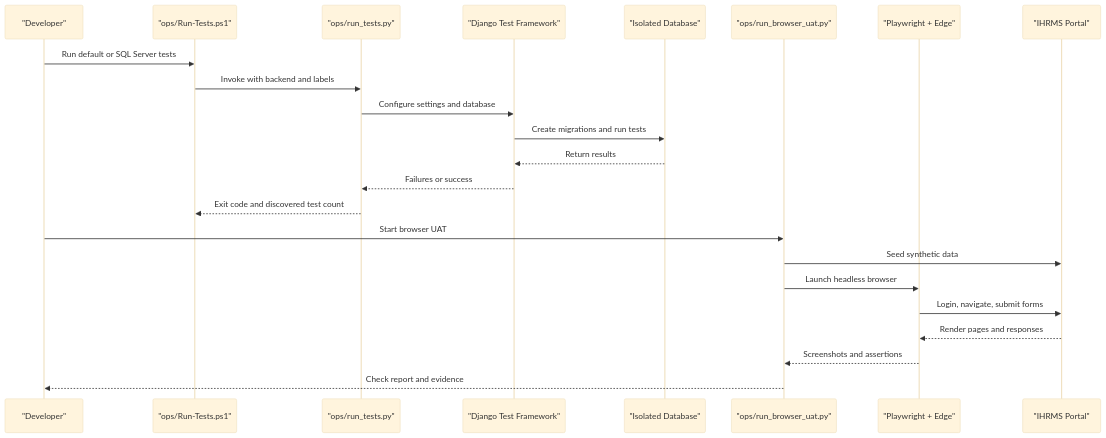
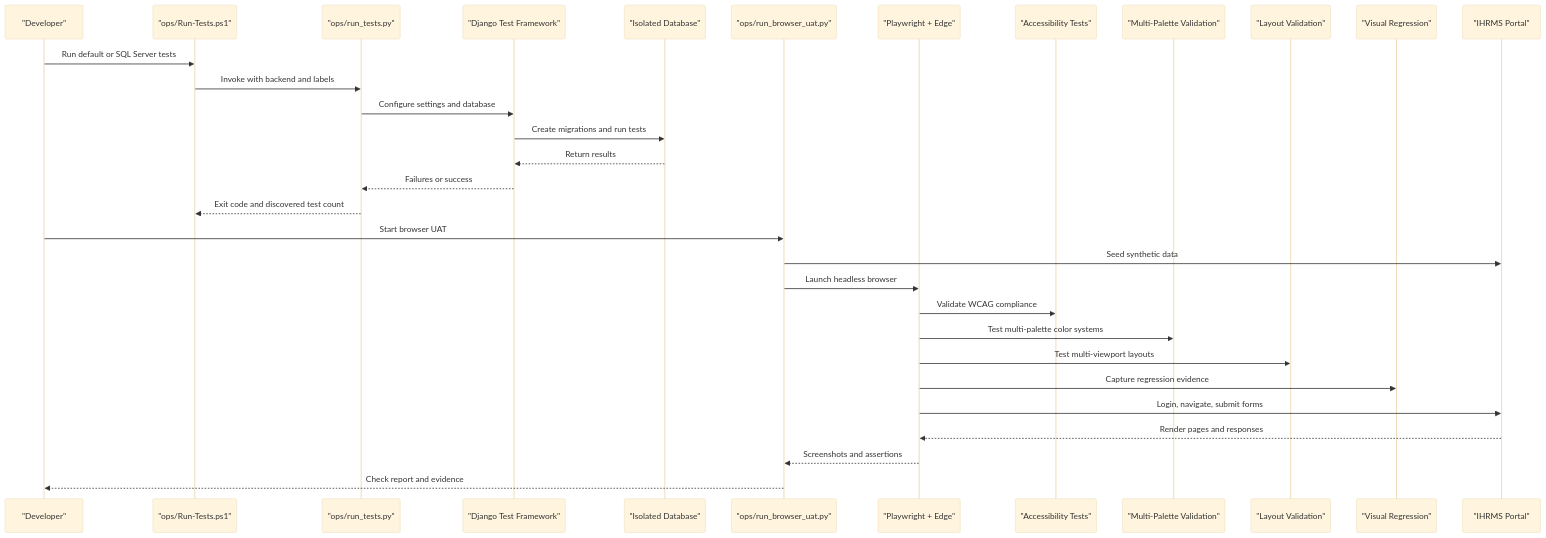
One commit to dinhtanhb/QLHCNS changed the second of 20 diagrams in .qoder/repowiki/en/content/Testing Strategy.md. Above: the diagram before and after it, drawn with Mermaid (base theme). The commit also changed other lines of this file and 98 other files, not shown here.

````diff
--- a/.qoder/repowiki/en/content/Testing Strategy.md
+++ b/.qoder/repowiki/en/content/Testing Strategy.md
@@ -89,25 +133,33 @@
 ```mermaid
 sequenceDiagram
 participant Dev as "Developer"
 participant PS as "ops/Run-Tests.ps1"
 participant Runner as "ops/run_tests.py"
 participant Django as "Django Test Framework"
 participant DB as "Isolated Database"
 participant Browser as "ops/run_browser_uat.py"
 participant Edge as "Playwright + Edge"
+participant A11y as "Accessibility Tests"
+participant Palette as "Multi-Palette Validation"
+participant Layout as "Layout Validation"
+participant VReg as "Visual Regression"
 participant App as "IHRMS Portal"
 Dev->>PS : Run default or SQL Server tests
 PS->>Runner : Invoke with backend and labels
 Runner->>Django : Configure settings and database
 Django->>DB : Create migrations and run tests
 DB-->>Django : Return results
 Django-->>Runner : Failures or success
 Runner-->>PS : Exit code and discovered test count
 Dev->>Browser : Start browser UAT
 Browser->>App : Seed synthetic data
 Browser->>Edge : Launch headless browser
+Edge->>A11y : Validate WCAG compliance
+Edge->>Palette : Test multi-palette color systems
+Edge->>Layout : Test multi-viewport layouts
+Edge->>VReg : Capture regression evidence
 Edge->>App : Login, navigate, submit forms
 App-->>Edge : Render pages and responses
 Edge-->>Browser : Screenshots and assertions
 Browser-->>Dev : Check report and evidence
 ```
````
